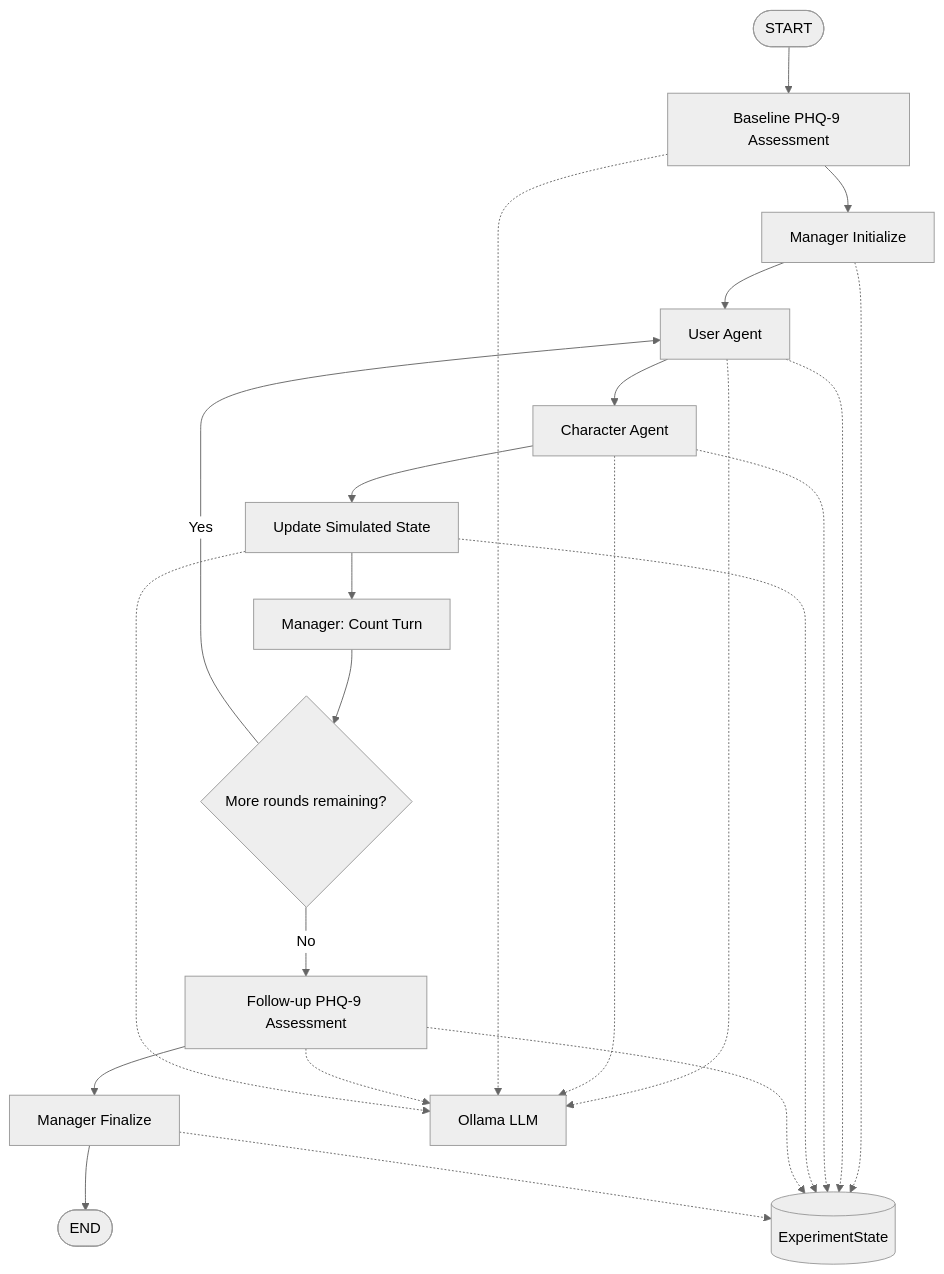
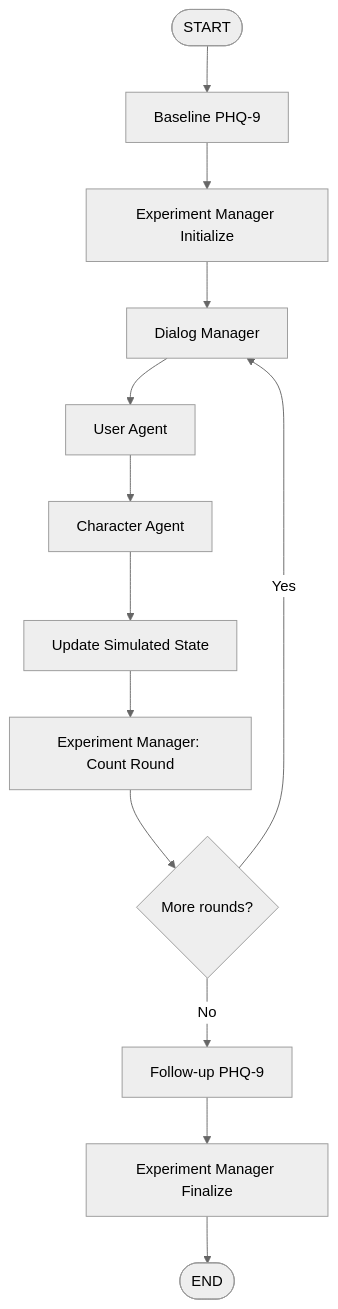
Before and after one commit to ltd-ARYAN-pvt/EmoAgent-Lite: the second of 3 diagrams in README.md, drawn with Mermaid (neutral theme). The commit also changed other lines of this file, not shown here.

````diff
--- a/README.md
+++ b/README.md
@@ -90,27 +163,15 @@
 ```mermaid
 flowchart TD
-    S([START]) --> BA[Baseline PHQ-9 Assessment]
-    BA --> MI[Manager Initialize]
-    MI --> U[User Agent]
+    S([START]) --> BA[Baseline PHQ-9]
+    BA --> MI[Experiment Manager Initialize]
+    MI --> DM[Dialog Manager]
+    DM --> U[User Agent]
     U --> C[Character Agent]
     C --> US[Update Simulated State]
-    US --> MT[Manager: Count Turn]
-    MT --> D{More rounds remaining?}
-    D -- Yes --> U
-    D -- No --> FA[Follow-up PHQ-9 Assessment]
-    FA --> MF[Manager Finalize]
+    US --> MT[Experiment Manager: Count Round]
+    MT --> D{More rounds?}
+    D -- Yes --> DM
+    D -- No --> FA[Follow-up PHQ-9]
+    FA --> MF[Experiment Manager Finalize]
     MF --> E([END])
-
-    U -.-> L[Ollama LLM]
-    C -.-> L
-    BA -.-> L
-    FA -.-> L
-    US -.-> L
-
-    MI -.-> ST[(ExperimentState)]
-    U -.-> ST
-    C -.-> ST
-    US -.-> ST
-    FA -.-> ST
-    MF -.-> ST
 ```
````
